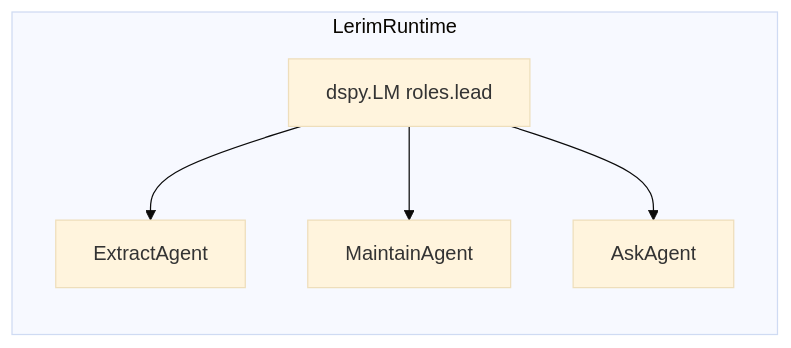
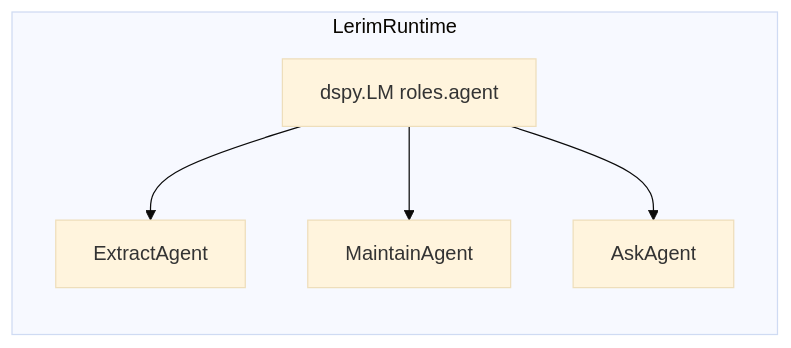
Before and after one commit to lerim-dev/lerim-cli: the diagram in docs/configuration/model-roles.md, drawn with Mermaid (base theme). The commit also changed other lines of this file and 11 other files, not shown here.

First line of the commit message:
refactor: transition from lead to agent role in documentation and configuration

````diff
--- a/docs/configuration/model-roles.md
+++ b/docs/configuration/model-roles.md
@@ -18,12 +15,12 @@
 ```mermaid
 flowchart LR
-    subgraph rt [LerimRuntime]
-        LeadLM["dspy.LM roles.lead"]
-        EA[ExtractAgent]
-        MA[MaintainAgent]
-        AA[AskAgent]
-    end
-    LeadLM --> EA
-    LeadLM --> MA
-    LeadLM --> AA
+	subgraph rt [LerimRuntime]
+		AgentLM["dspy.LM roles.agent"]
+		EA[ExtractAgent]
+		MA[MaintainAgent]
+		AA[AskAgent]
+	end
+	AgentLM --> EA
+	AgentLM --> MA
+	AgentLM --> AA
 ```
````
